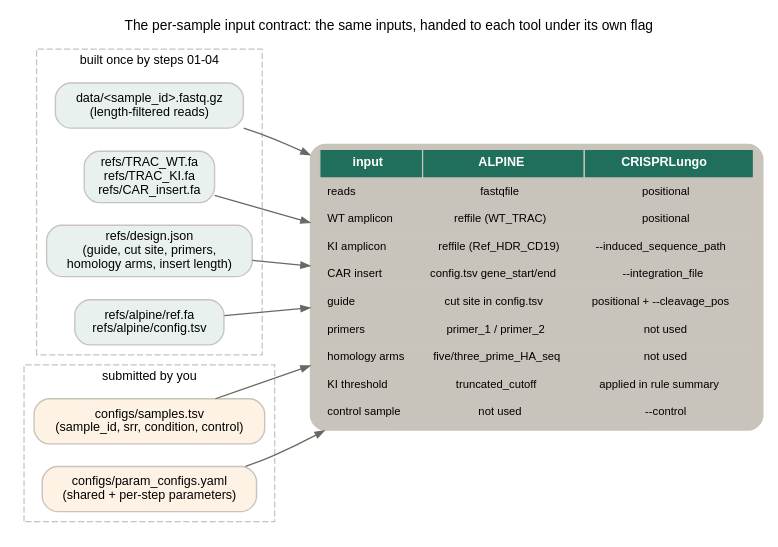
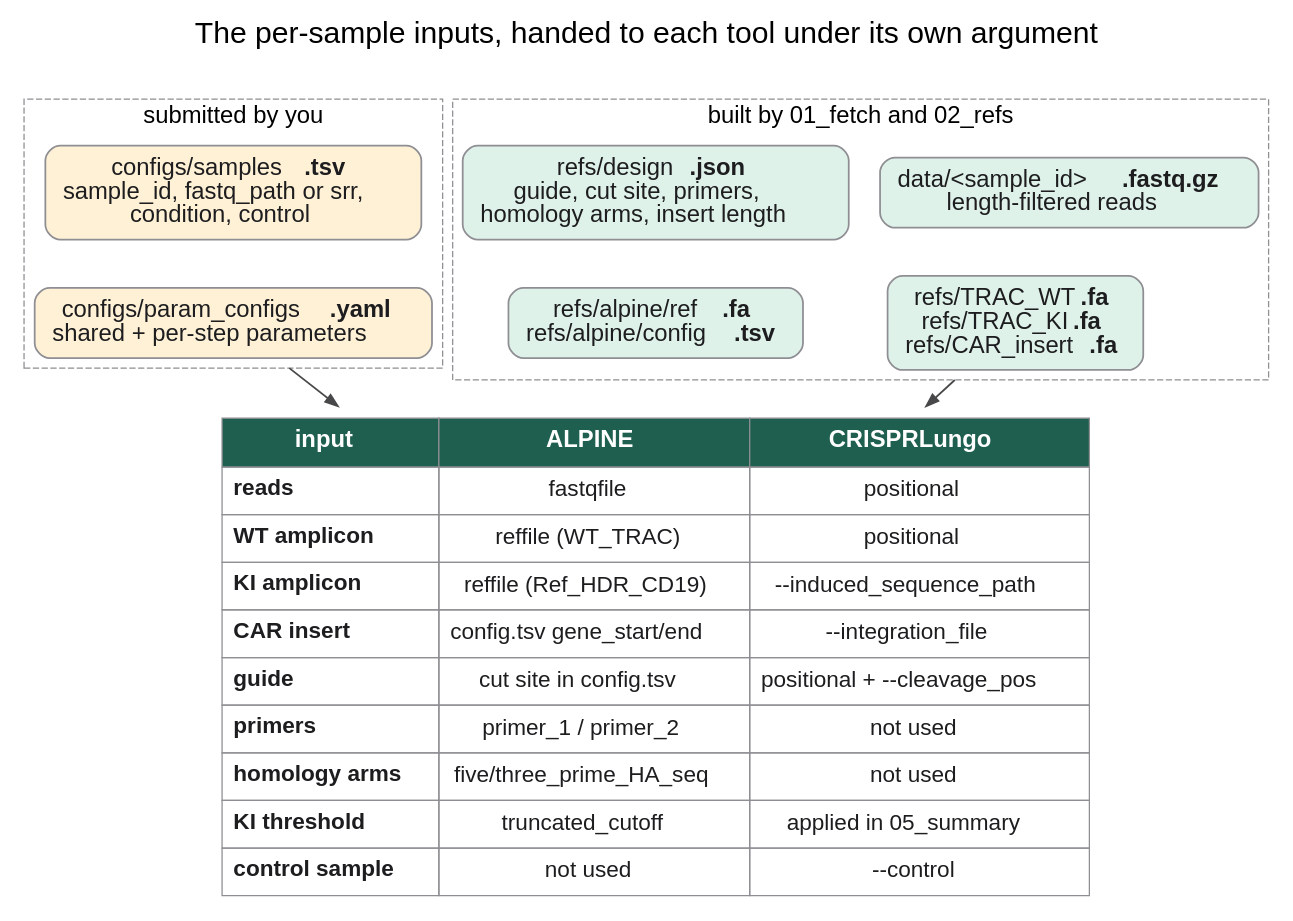
The diagram in docs/diagrams/01_inputs.dot (ssenci97/ONT-CRISPR-knock-in), drawn with Graphviz before and after one commit. The commit also changed 27 other files, not shown here.

```diff
--- a/docs/diagrams/01_inputs.dot
+++ b/docs/diagrams/01_inputs.dot
@@ -1,37 +1,38 @@
 digraph inputs {
-  graph [rankdir=LR, bgcolor="white", fontname="Helvetica", fontsize=11, labelloc=t,
-         label="The per-sample input contract: the same inputs, handed to each tool under its own flag"];
-  node [fontname="Helvetica", fontsize=10, shape=box, style="rounded,filled", color="#c9c4bb", penwidth=1.1];
-  edge [color="#6b6862", arrowsize=0.7];
+  graph [rankdir=TB, bgcolor="white", fontname="Helvetica", fontsize=24, labelloc=t, nodesep=0.35, ranksep=0.4, compound=true,
+         label="The per-sample inputs, handed to each tool under its own argument\n "];
+  node [fontname="Helvetica", fontsize=19, shape=box, style="rounded,filled", color="#8e8e93", penwidth=1.4, fontcolor="#1d1d1f", margin="0.2,0.12"];
+  edge [color="#48484a", arrowsize=1.0, penwidth=1.4];
 
+  subgraph cluster_user {
+    label="submitted by you"; fontname="Helvetica"; fontsize=19; color="#8e8e93"; style=dashed;
+    sheet [label=<configs/samples<B>.tsv</B><BR/>sample_id, fastq_path or srr,<BR/>condition, control>, fillcolor="#fff1d6"];
+    yaml  [label=<configs/param_configs<B>.yaml</B><BR/>shared + per-step parameters>, fillcolor="#fff1d6"];
+  }
   subgraph cluster_made {
-    label="built once by steps 01-04"; fontname="Helvetica"; fontsize=10; color="#c9c4bb"; style=dashed;
-    fastq  [label="data/<sample_id>.fastq.gz\n(length-filtered reads)", fillcolor="#e8f1ee"];
-    refs   [label="refs/TRAC_WT.fa\nrefs/TRAC_KI.fa\nrefs/CAR_insert.fa", fillcolor="#e8f1ee"];
-    design [label="refs/design.json\n(guide, cut site, primers,\nhomology arms, insert length)", fillcolor="#e8f1ee"];
-    alpcfg [label="refs/alpine/ref.fa\nrefs/alpine/config.tsv", fillcolor="#e8f1ee"];
-  }
-  subgraph cluster_user {
-    label="submitted by you"; fontname="Helvetica"; fontsize=10; color="#c9c4bb"; style=dashed;
-    sheet [label="configs/samples.tsv\n(sample_id, srr, condition, control)", fillcolor="#fdf2e3"];
-    yaml  [label="configs/param_configs.yaml\n(shared + per-step parameters)", fillcolor="#fdf2e3"];
+    label="built by 01_fetch and 02_refs"; fontname="Helvetica"; fontsize=19; color="#8e8e93"; style=dashed;
+    fastq  [label=<data/&lt;sample_id&gt;<B>.fastq.gz</B><BR/>length-filtered reads>, fillcolor="#dff2ea"];
+    refs   [label=<refs/TRAC_WT<B>.fa</B><BR/>refs/TRAC_KI<B>.fa</B><BR/>refs/CAR_insert<B>.fa</B>>, fillcolor="#dff2ea"];
+    design [label=<refs/design<B>.json</B><BR/>guide, cut site, primers,<BR/>homology arms, insert length>, fillcolor="#dff2ea"];
+    alpcfg [label=<refs/alpine/ref<B>.fa</B><BR/>refs/alpine/config<B>.tsv</B>>, fillcolor="#dff2ea"];
   }
 
-  table [shape=plaintext, label=<
-    <TABLE BORDER="0" CELLBORDER="1" CELLSPACING="0" CELLPADDING="5">
-      <TR><TD BGCOLOR="#1f6f5c"><FONT COLOR="white" POINT-SIZE="10"><B>input</B></FONT></TD>
-          <TD BGCOLOR="#1f6f5c"><FONT COLOR="white" POINT-SIZE="10"><B>ALPINE</B></FONT></TD>
-          <TD BGCOLOR="#1f6f5c"><FONT COLOR="white" POINT-SIZE="10"><B>CRISPRLungo</B></FONT></TD></TR>
-      <TR><TD ALIGN="LEFT"><FONT POINT-SIZE="9">reads</FONT></TD><TD><FONT POINT-SIZE="9">fastqfile</FONT></TD><TD><FONT POINT-SIZE="9">positional</FONT></TD></TR>
-      <TR><TD ALIGN="LEFT"><FONT POINT-SIZE="9">WT amplicon</FONT></TD><TD><FONT POINT-SIZE="9">reffile (WT_TRAC)</FONT></TD><TD><FONT POINT-SIZE="9">positional</FONT></TD></TR>
-      <TR><TD ALIGN="LEFT"><FONT POINT-SIZE="9">KI amplicon</FONT></TD><TD><FONT POINT-SIZE="9">reffile (Ref_HDR_CD19)</FONT></TD><TD><FONT POINT-SIZE="9">--induced_sequence_path</FONT></TD></TR>
-      <TR><TD ALIGN="LEFT"><FONT POINT-SIZE="9">CAR insert</FONT></TD><TD><FONT POINT-SIZE="9">config.tsv gene_start/end</FONT></TD><TD><FONT POINT-SIZE="9">--integration_file</FONT></TD></TR>
-      <TR><TD ALIGN="LEFT"><FONT POINT-SIZE="9">guide</FONT></TD><TD><FONT POINT-SIZE="9">cut site in config.tsv</FONT></TD><TD><FONT POINT-SIZE="9">positional + --cleavage_pos</FONT></TD></TR>
-      <TR><TD ALIGN="LEFT"><FONT POINT-SIZE="9">primers</FONT></TD><TD><FONT POINT-SIZE="9">primer_1 / primer_2</FONT></TD><TD><FONT POINT-SIZE="9">not used</FONT></TD></TR>
-      <TR><TD ALIGN="LEFT"><FONT POINT-SIZE="9">homology arms</FONT></TD><TD><FONT POINT-SIZE="9">five/three_prime_HA_seq</FONT></TD><TD><FONT POINT-SIZE="9">not used</FONT></TD></TR>
-      <TR><TD ALIGN="LEFT"><FONT POINT-SIZE="9">KI threshold</FONT></TD><TD><FONT POINT-SIZE="9">truncated_cutoff</FONT></TD><TD><FONT POINT-SIZE="9">applied in rule summary</FONT></TD></TR>
-      <TR><TD ALIGN="LEFT"><FONT POINT-SIZE="9">control sample</FONT></TD><TD><FONT POINT-SIZE="9">not used</FONT></TD><TD><FONT POINT-SIZE="9">--control</FONT></TD></TR>
+  table [shape=plaintext, style="", label=<
+    <TABLE BORDER="0" CELLBORDER="1" CELLSPACING="0" CELLPADDING="8" COLOR="#8e8e93">
+      <TR><TD BGCOLOR="#1f5f4f"><FONT COLOR="white" POINT-SIZE="19"><B>input</B></FONT></TD>
+          <TD BGCOLOR="#1f5f4f"><FONT COLOR="white" POINT-SIZE="19"><B>ALPINE</B></FONT></TD>
+          <TD BGCOLOR="#1f5f4f"><FONT COLOR="white" POINT-SIZE="19"><B>CRISPRLungo</B></FONT></TD></TR>
+      <TR><TD ALIGN="LEFT"><FONT POINT-SIZE="18"><B>reads</B></FONT></TD><TD><FONT POINT-SIZE="18">fastqfile</FONT></TD><TD><FONT POINT-SIZE="18">positional</FONT></TD></TR>
+      <TR><TD ALIGN="LEFT"><FONT POINT-SIZE="18"><B>WT amplicon</B></FONT></TD><TD><FONT POINT-SIZE="18">reffile (WT_TRAC)</FONT></TD><TD><FONT POINT-SIZE="18">positional</FONT></TD></TR>
+      <TR><TD ALIGN="LEFT"><FONT POINT-SIZE="18"><B>KI amplicon</B></FONT></TD><TD><FONT POINT-SIZE="18">reffile (Ref_HDR_CD19)</FONT></TD><TD><FONT POINT-SIZE="18">--induced_sequence_path</FONT></TD></TR>
+      <TR><TD ALIGN="LEFT"><FONT POINT-SIZE="18"><B>CAR insert</B></FONT></TD><TD><FONT POINT-SIZE="18">config.tsv gene_start/end</FONT></TD><TD><FONT POINT-SIZE="18">--integration_file</FONT></TD></TR>
+      <TR><TD ALIGN="LEFT"><FONT POINT-SIZE="18"><B>guide</B></FONT></TD><TD><FONT POINT-SIZE="18">cut site in config.tsv</FONT></TD><TD><FONT POINT-SIZE="18">positional + --cleavage_pos</FONT></TD></TR>
+      <TR><TD ALIGN="LEFT"><FONT POINT-SIZE="18"><B>primers</B></FONT></TD><TD><FONT POINT-SIZE="18">primer_1 / primer_2</FONT></TD><TD><FONT POINT-SIZE="18">not used</FONT></TD></TR>
+      <TR><TD ALIGN="LEFT"><FONT POINT-SIZE="18"><B>homology arms</B></FONT></TD><TD><FONT POINT-SIZE="18">five/three_prime_HA_seq</FONT></TD><TD><FONT POINT-SIZE="18">not used</FONT></TD></TR>
+      <TR><TD ALIGN="LEFT"><FONT POINT-SIZE="18"><B>KI threshold</B></FONT></TD><TD><FONT POINT-SIZE="18">truncated_cutoff</FONT></TD><TD><FONT POINT-SIZE="18">applied in 05_summary</FONT></TD></TR>
+      <TR><TD ALIGN="LEFT"><FONT POINT-SIZE="18"><B>control sample</B></FONT></TD><TD><FONT POINT-SIZE="18">not used</FONT></TD><TD><FONT POINT-SIZE="18">--control</FONT></TD></TR>
     </TABLE>>];
 
-  fastq -> table; refs -> table; design -> table; alpcfg -> table; sheet -> table; yaml -> table;
+  sheet -> yaml [style=invis]; fastq -> refs [style=invis]; design -> alpcfg [style=invis];
+  yaml -> table [ltail=cluster_user]; refs -> table [ltail=cluster_made]; alpcfg -> table [style=invis];
 }
```
